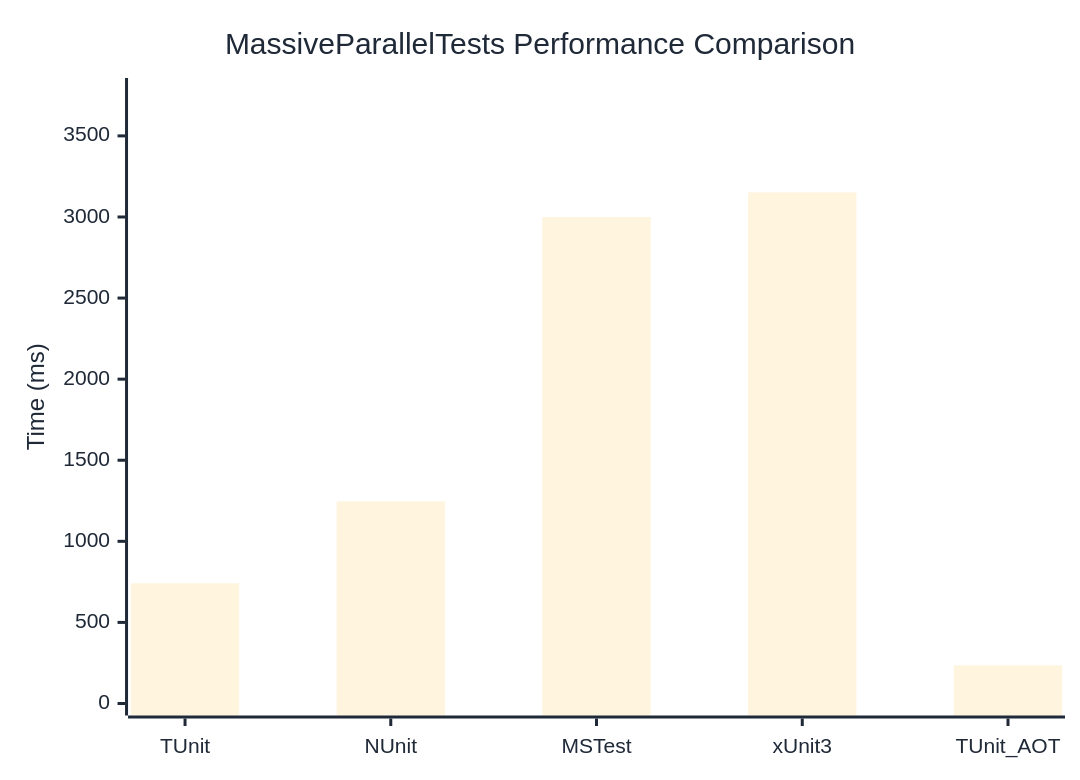
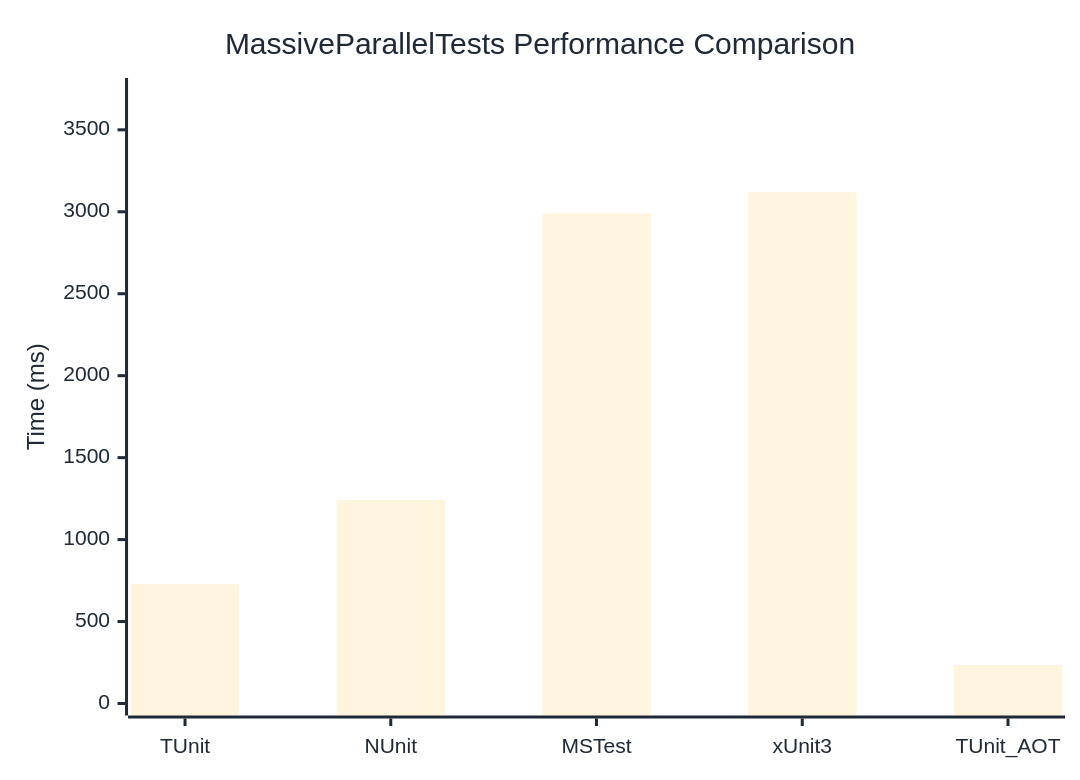
Before and after one commit to thomhurst/TUnit: the diagram in docs/docs/benchmarks/MassiveParallelTests.md, drawn with Mermaid. The commit also changed other lines of this file and 17 other files, not shown here.

````diff
--- a/docs/docs/benchmarks/MassiveParallelTests.md
+++ b/docs/docs/benchmarks/MassiveParallelTests.md
@@ -27,37 +27,37 @@
 ```mermaid
 %%{init: {
   'theme':'base',
   'themeVariables': {
     'primaryColor': '#2563eb',
     'primaryTextColor': '#1f2937',
     'primaryBorderColor': '#1e40af',
     'lineColor': '#6b7280',
     'secondaryColor': '#7c3aed',
     'tertiaryColor': '#dc2626',
     'background': '#ffffff',
     'mainBkg': '#2563eb',
     'secondBkg': '#7c3aed',
     'tertiaryBkg': '#dc2626',
     'clusterBkg': '#f3f4f6',
     'edgeLabelBackground': '#ffffff',
     'tertiaryTextColor': '#1f2937',
     'pie1': '#2563eb',
     'pie2': '#7c3aed',
     'pie3': '#dc2626',
     'pie4': '#f59e0b',
     'pie5': '#10b981',
     'pie6': '#06b6d4',
     'pie7': '#ec4899',
     'pie8': '#6366f1',
     'pie9': '#84cc16',
     'pie10': '#f97316',
     'pie11': '#14b8a6',
     'pie12': '#a855f7'
   }
 }}%%
 xychart-beta
   title "MassiveParallelTests Performance Comparison"
   x-axis ["TUnit", "NUnit", "MSTest", "xUnit3", "TUnit_AOT"]
-  y-axis "Time (ms)" 0 --> 3783
-  bar [741.3, 1246.6, 2999.7, 3151.7, 235.6]
+  y-axis "Time (ms)" 0 --> 3743
+  bar [728, 1241.7, 2991.9, 3119, 234.1]
 ```
````
